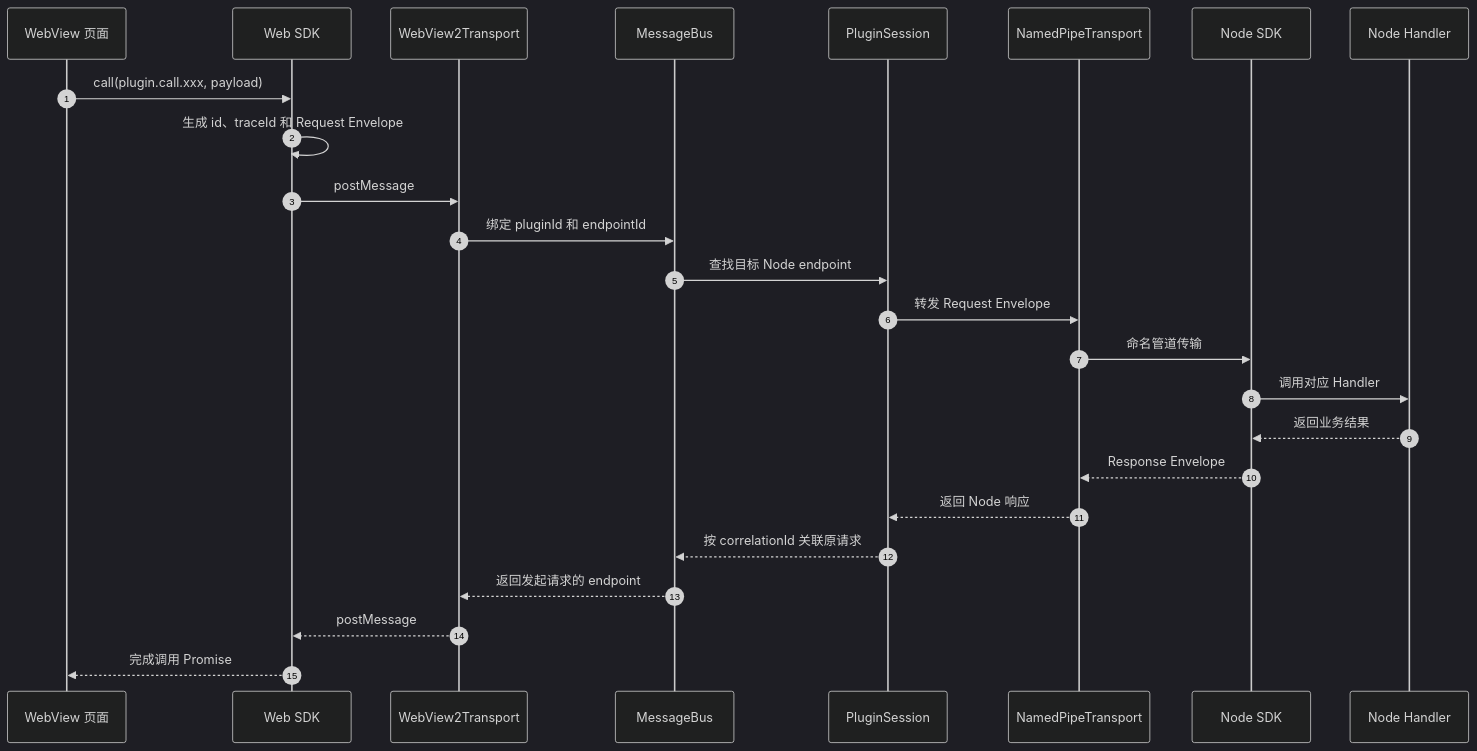
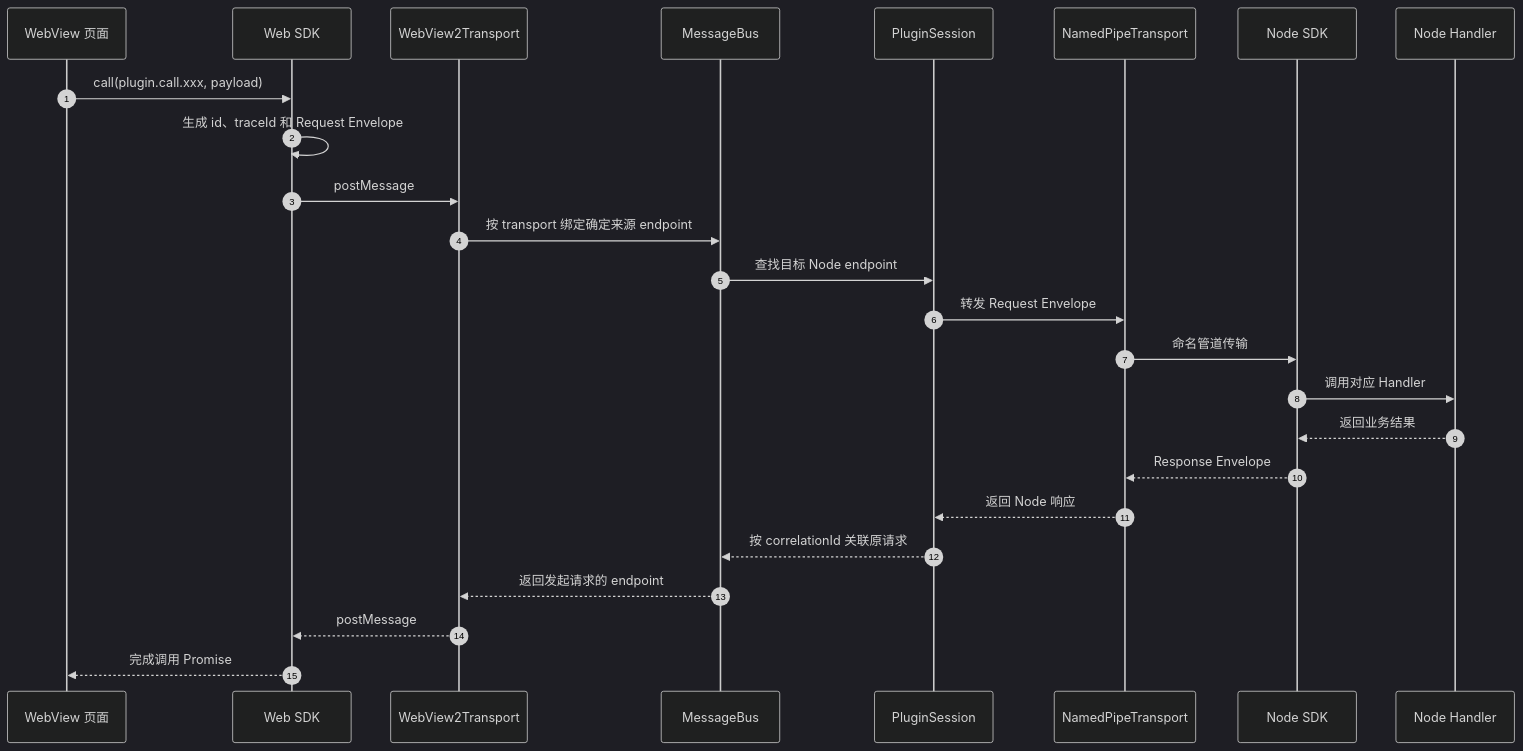
The first of 2 diagrams in docs/superpowers/specs/2026-08-14-plugin-bus-v3-core.md (qpingcode/MyTools), drawn with Mermaid (dark theme) before and after one commit. The commit also changed other lines of this file and 44 other files, not shown here.

Commit message:
refactor: Remove identity (sessionId, pluginId, endpointId), Information about identity is automatically added at the boundary between nodes and hosts.

````diff
--- a/docs/superpowers/specs/2026-08-14-plugin-bus-v3-core.md
+++ b/docs/superpowers/specs/2026-08-14-plugin-bus-v3-core.md
@@ -215,29 +209,29 @@
 ```mermaid
 sequenceDiagram
     autonumber
     participant Web as WebView 页面
     participant WebSDK as Web SDK
     participant WebTransport as WebView2Transport
     participant Bus as MessageBus
     participant Session as PluginSession
     participant Pipe as NamedPipeTransport
     participant NodeSDK as Node SDK
     participant Node as Node Handler
 
     Web->>WebSDK: call(plugin.call.xxx, payload)
     WebSDK->>WebSDK: 生成 id、traceId 和 Request Envelope
     WebSDK->>WebTransport: postMessage
-    WebTransport->>Bus: 绑定 pluginId 和 endpointId
+    WebTransport->>Bus: 按 transport 绑定确定来源 endpoint
     Bus->>Session: 查找目标 Node endpoint
     Session->>Pipe: 转发 Request Envelope
     Pipe->>NodeSDK: 命名管道传输
     NodeSDK->>Node: 调用对应 Handler
 
     Node-->>NodeSDK: 返回业务结果
     NodeSDK-->>Pipe: Response Envelope
     Pipe-->>Session: 返回 Node 响应
     Session-->>Bus: 按 correlationId 关联原请求
     Bus-->>WebTransport: 返回发起请求的 endpoint
     WebTransport-->>WebSDK: postMessage
     WebSDK-->>Web: 完成调用 Promise
 ```
````
